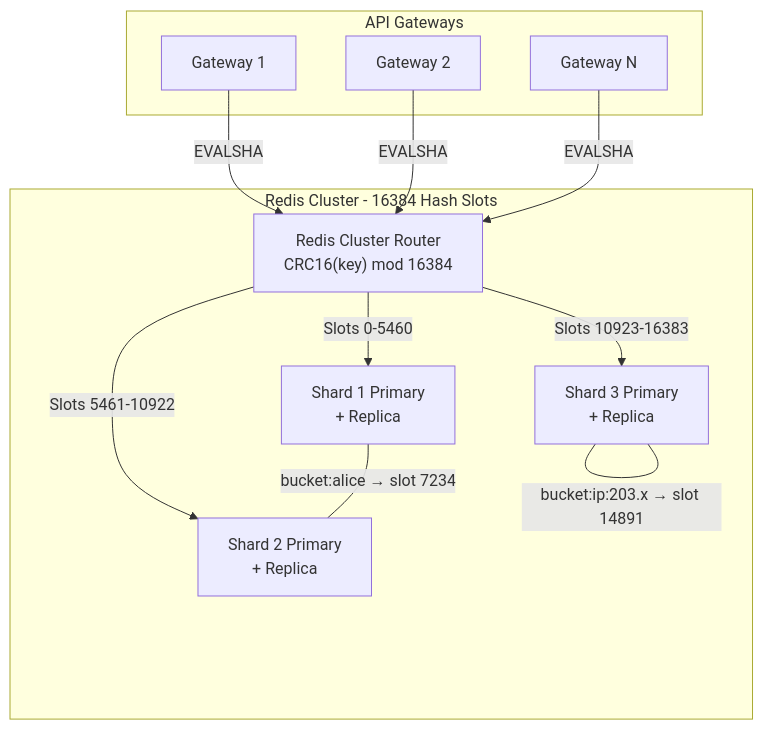
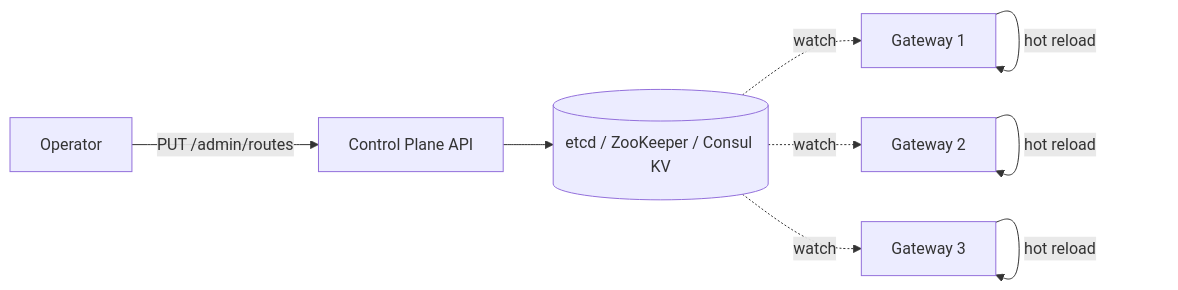
The fourth of 6 diagrams in hld/rate_limitter.md (vipi-n/swe-101), drawn with Mermaid before and after one commit. The commit also changed other lines of this file, not shown here.

````diff
--- a/hld/rate_limitter.md
+++ b/hld/rate_limitter.md
@@ -1331,19 +899,11 @@
 ```mermaid
-flowchart TD
-    subgraph API Gateways
-        GW1[Gateway 1]
-        GW2[Gateway 2]
-        GW3[Gateway N]
-    end
-
-    GW1 & GW2 & GW3 -->|EVALSHA| Router["Redis Cluster Router<br/>CRC16(key) mod 16384"]
-
-    subgraph Redis Cluster - 16384 Hash Slots
-        Router -->|Slots 0-5460| S1[Shard 1 Primary<br/>+ Replica]
-        Router -->|Slots 5461-10922| S2[Shard 2 Primary<br/>+ Replica]
-        Router -->|Slots 10923-16383| S3[Shard 3 Primary<br/>+ Replica]
-    end
-
-    S1 ---|"bucket:alice → slot 7234"| S2
-    S3 ---|"bucket:ip:203.x → slot 14891"| S3
+flowchart LR
+    Ops[Operator] -->|PUT /admin/routes| ControlPlane[Control Plane API]
+    ControlPlane --> Store[(etcd / ZooKeeper / Consul KV)]
+    Store -.watch.-> GW1[Gateway 1]
+    Store -.watch.-> GW2[Gateway 2]
+    Store -.watch.-> GW3[Gateway 3]
+    GW1 -->|hot reload| GW1
+    GW2 -->|hot reload| GW2
+    GW3 -->|hot reload| GW3
 ```
````
